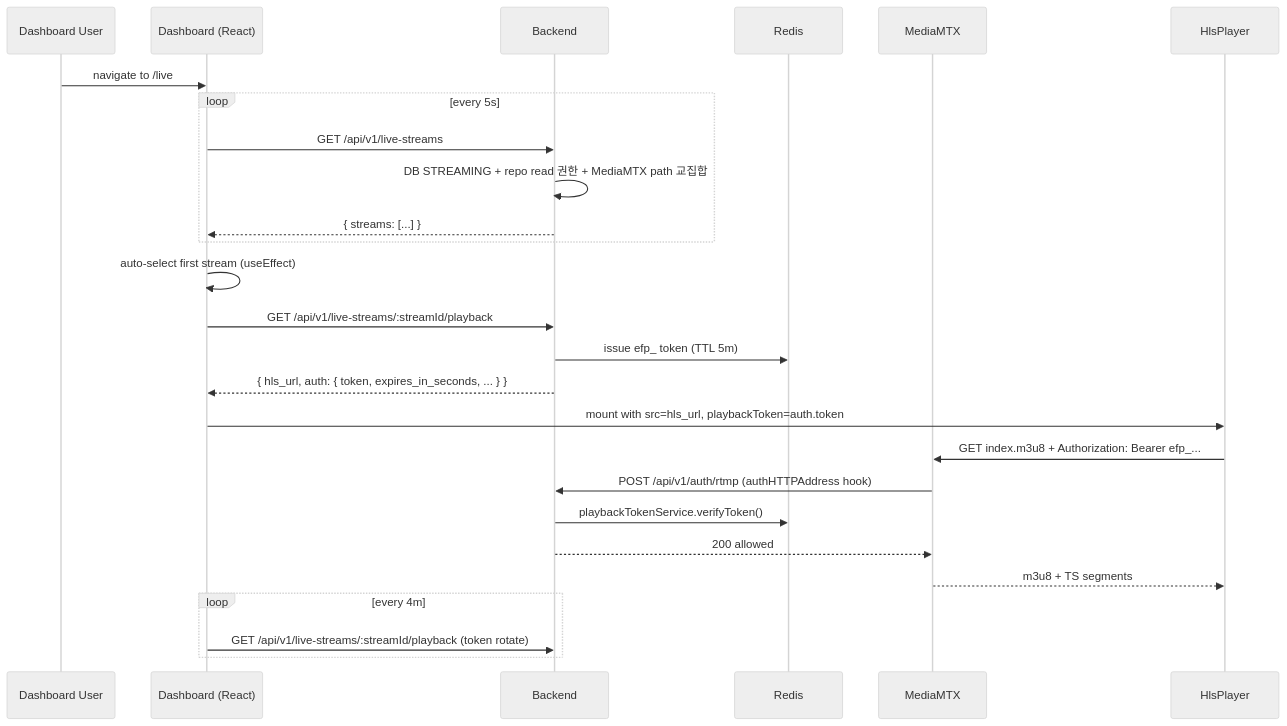
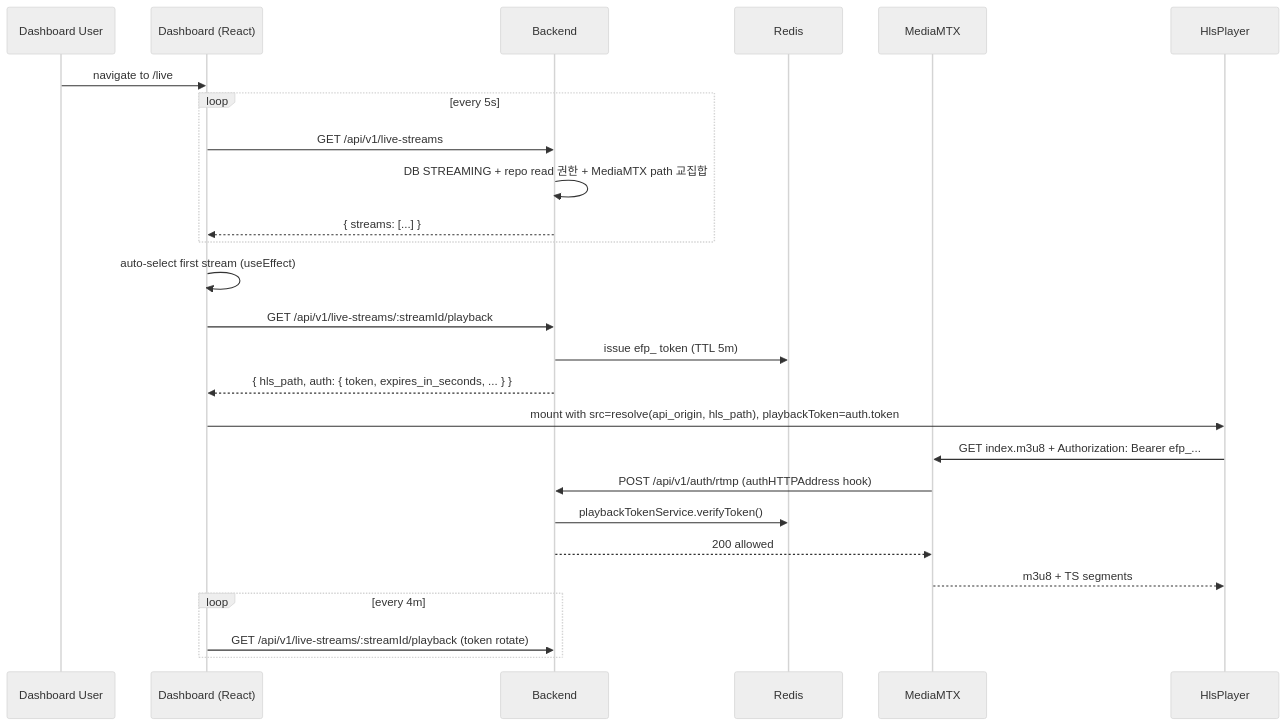
Before and after one commit to ego-flow/ego-flow-server: the fourth of 7 diagrams in docs/09. project_streaming.md, drawn with Mermaid (neutral theme). The commit also changed other lines of this file and 17 other files, not shown here.

````diff
--- a/docs/09. project_streaming.md
+++ b/docs/09. project_streaming.md
@@ -280,29 +280,29 @@
 ```mermaid
 sequenceDiagram
     participant User as Dashboard User
     participant FE as Dashboard (React)
     participant BE as Backend
     participant Redis
     participant MTX as MediaMTX
     participant HP as HlsPlayer
 
     User->>FE: navigate to /live
     loop every 5s
         FE->>BE: GET /api/v1/live-streams
         BE->>BE: DB STREAMING + repo read 권한 + MediaMTX path 교집합
         BE-->>FE: { streams: [...] }
     end
     FE->>FE: auto-select first stream (useEffect)
     FE->>BE: GET /api/v1/live-streams/:streamId/playback
     BE->>Redis: issue efp_ token (TTL 5m)
-    BE-->>FE: { hls_url, auth: { token, expires_in_seconds, ... } }
-    FE->>HP: mount with src=hls_url, playbackToken=auth.token
+    BE-->>FE: { hls_path, auth: { token, expires_in_seconds, ... } }
+    FE->>HP: mount with src=resolve(api_origin, hls_path), playbackToken=auth.token
     HP->>MTX: GET index.m3u8 + Authorization: Bearer efp_...
     MTX->>BE: POST /api/v1/auth/rtmp (authHTTPAddress hook)
     BE->>Redis: playbackTokenService.verifyToken()
     BE-->>MTX: 200 allowed
     MTX-->>HP: m3u8 + TS segments
     loop every 4m
         FE->>BE: GET /api/v1/live-streams/:streamId/playback (token rotate)
     end
 ```
````
